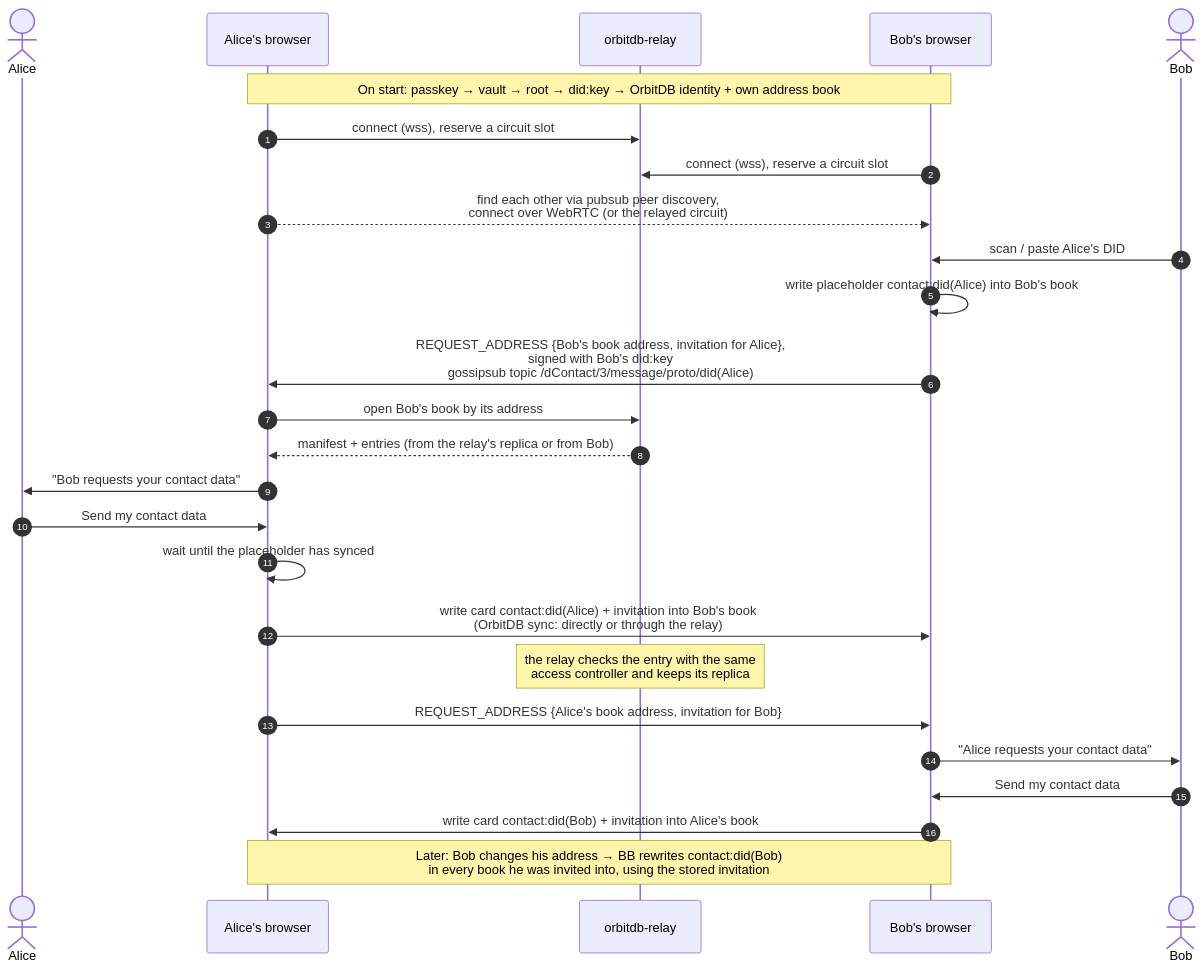
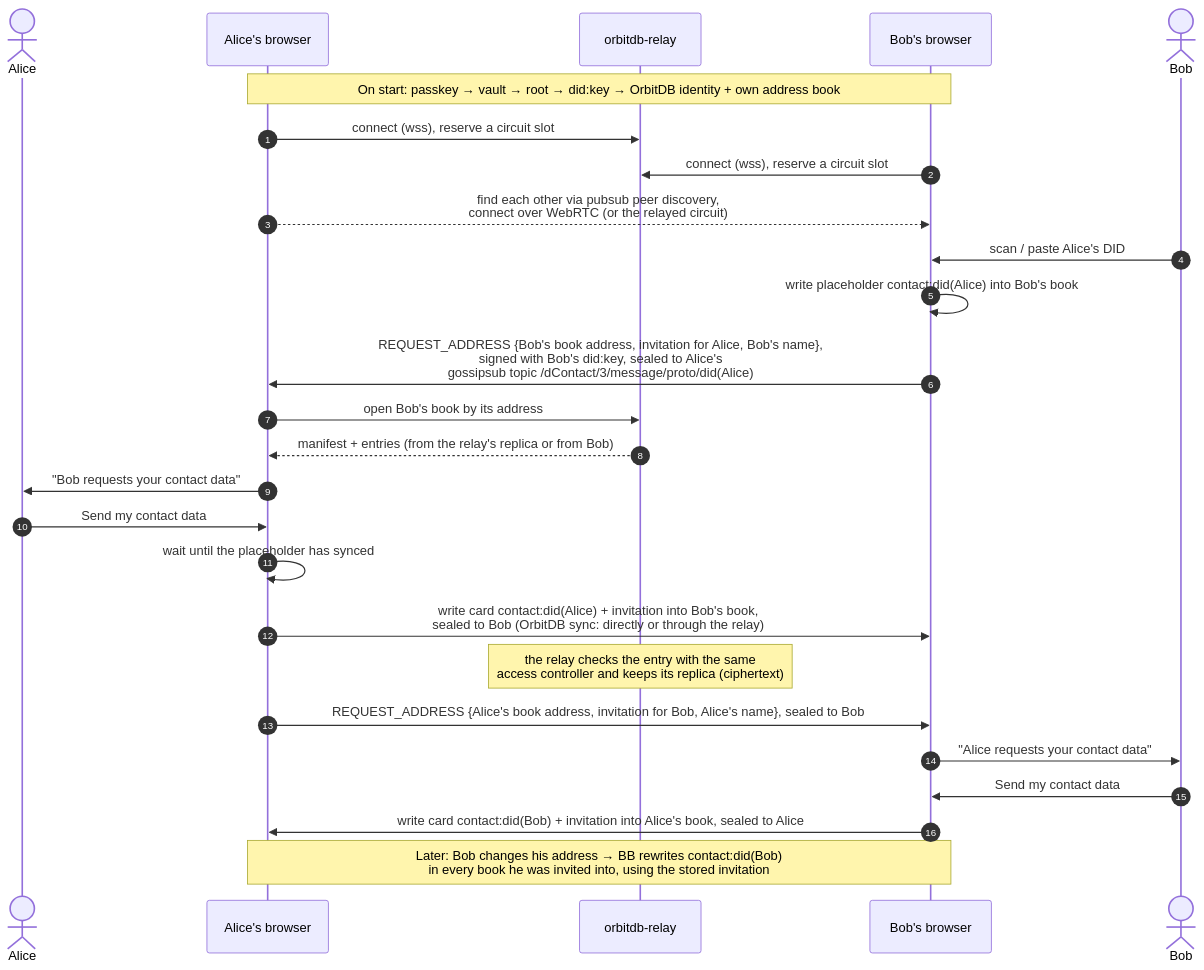
One commit to NiKrause/deContact changed the third of 3 diagrams in docs/how-it-works.md. Above: the diagram before and after it, drawn with Mermaid. The commit also changed other lines of this file and 23 other files, not shown here.

````diff
--- a/docs/how-it-works.md
+++ b/docs/how-it-works.md
@@ -87,33 +112,33 @@
 ```mermaid
 sequenceDiagram
     autonumber
     actor Alice
     participant AB as Alice's browser
     participant R as orbitdb-relay
     participant BB as Bob's browser
     actor Bob
 
     Note over AB,BB: On start: passkey → vault → root → did:key → OrbitDB identity + own address book
     AB->>R: connect (wss), reserve a circuit slot
     BB->>R: connect (wss), reserve a circuit slot
     AB-->>BB: find each other via pubsub peer discovery,<br/>connect over WebRTC (or the relayed circuit)
 
     Bob->>BB: scan / paste Alice's DID
     BB->>BB: write placeholder contact:did(Alice) into Bob's book
-    BB->>AB: REQUEST_ADDRESS {Bob's book address, invitation for Alice},<br/>signed with Bob's did:key<br/>gossipsub topic /dContact/3/message/proto/did(Alice)
+    BB->>AB: REQUEST_ADDRESS {Bob's book address, invitation for Alice, Bob's name},<br/>signed with Bob's did:key, sealed to Alice's<br/>gossipsub topic /dContact/3/message/proto/did(Alice)
 
     AB->>R: open Bob's book by its address
     R-->>AB: manifest + entries (from the relay's replica or from Bob)
     AB->>Alice: "Bob requests your contact data"
     Alice->>AB: Send my contact data
     AB->>AB: wait until the placeholder has synced
-    AB->>BB: write card contact:did(Alice) + invitation into Bob's book<br/>(OrbitDB sync: directly or through the relay)
-    Note over R: the relay checks the entry with the same<br/>access controller and keeps its replica
+    AB->>BB: write card contact:did(Alice) + invitation into Bob's book,<br/>sealed to Bob (OrbitDB sync: directly or through the relay)
+    Note over R: the relay checks the entry with the same<br/>access controller and keeps its replica (ciphertext)
 
-    AB->>BB: REQUEST_ADDRESS {Alice's book address, invitation for Bob}
+    AB->>BB: REQUEST_ADDRESS {Alice's book address, invitation for Bob, Alice's name}, sealed to Bob
     BB->>Bob: "Alice requests your contact data"
     Bob->>BB: Send my contact data
-    BB->>AB: write card contact:did(Bob) + invitation into Alice's book
+    BB->>AB: write card contact:did(Bob) + invitation into Alice's book, sealed to Alice
 
     Note over AB,BB: Later: Bob changes his address → BB rewrites contact:did(Bob)<br/>in every book he was invited into, using the stored invitation
 ```
````
